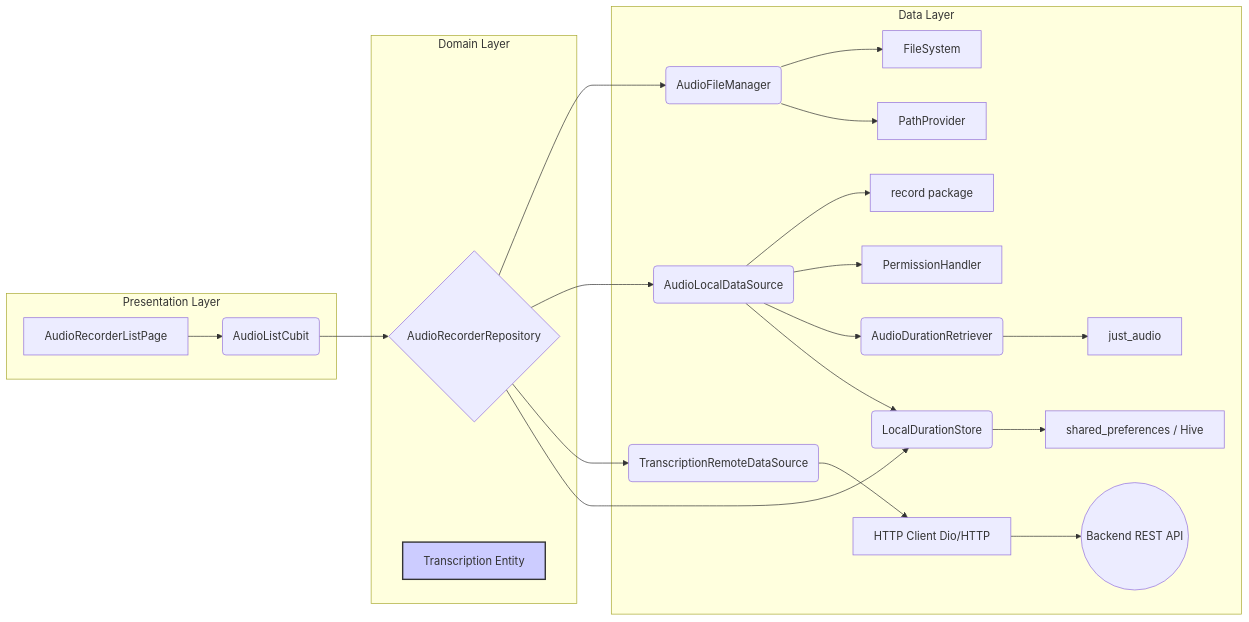
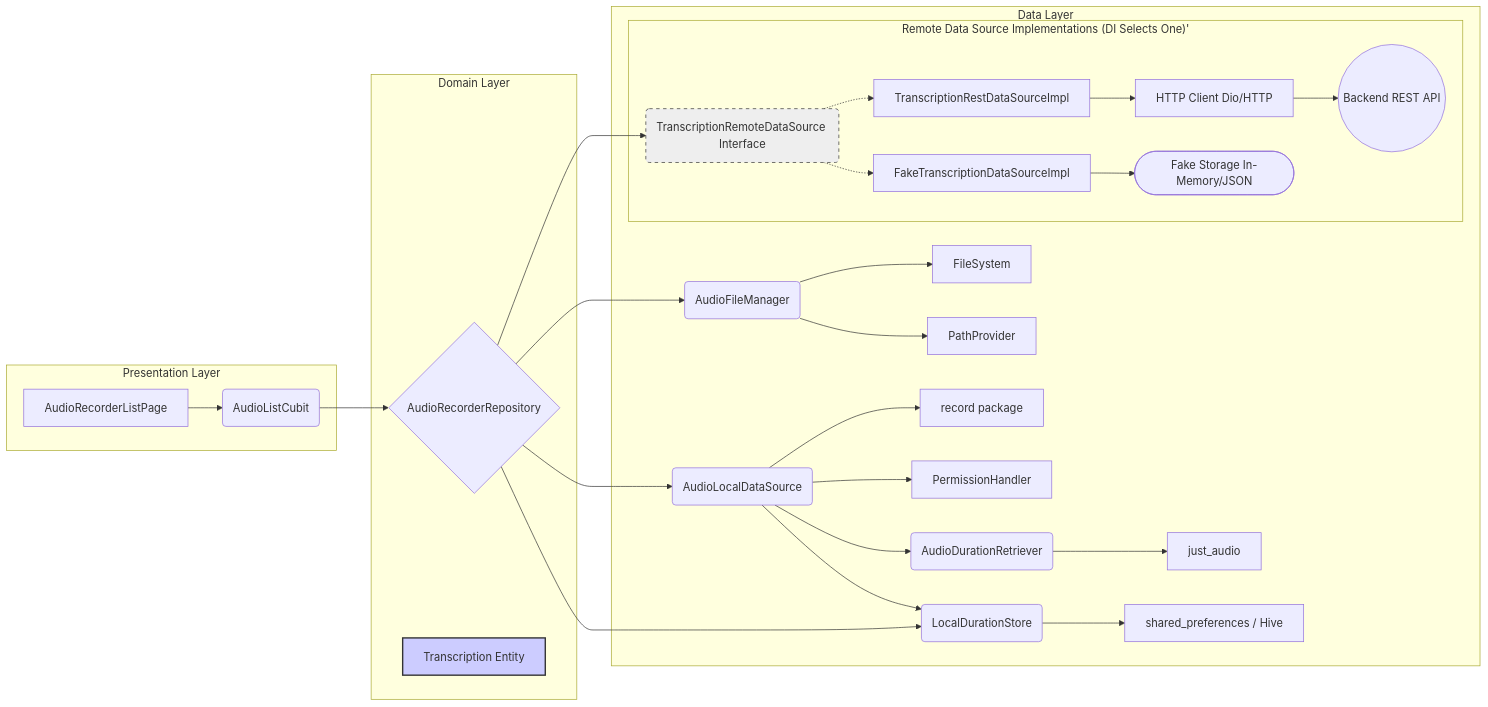
The second of 2 diagrams in architecture.md (MediScribe/docjet-mobile), drawn with Mermaid before and after one commit. The commit also changed other lines of this file, not shown here.

Commit message:
updated architecture to consider a fake storage provider

````diff
--- a/architecture.md
+++ b/architecture.md
@@ -53,28 +53,36 @@
 ```mermaid
 graph LR
     subgraph Presentation Layer
         A[AudioRecorderListPage] --> B(AudioListCubit);
     end
     subgraph Domain Layer
         B --> C{AudioRecorderRepository};
         M[Transcription Entity];
     end
     subgraph Data Layer
         C --> E(AudioFileManager);
         C --> F(AudioLocalDataSource);
-        C --> N(TranscriptionRemoteDataSource);
+        C --> N_Interface(TranscriptionRemoteDataSource Interface);
         C --> Q(LocalDurationStore);
         E --> G[FileSystem];
         E --> H[PathProvider];
         F --> K[record package];
         F --> L[PermissionHandler];
         F --> I(AudioDurationRetriever);
         F --> Q;
         I --> J[just_audio];
-        N --> O[HTTP Client Dio/HTTP];
-        O --> P((Backend REST API));
+
+        subgraph "Remote Data Source Implementations (DI Selects One)"'
+            N_Interface -.-> N_Real[TranscriptionRestDataSourceImpl];
+            N_Interface -.-> N_Fake[FakeTranscriptionDataSourceImpl];
+            N_Real --> O[HTTP Client Dio/HTTP];
+            O --> P((Backend REST API));
+            N_Fake --> S([Fake Storage In-Memory/JSON]);
+        end
+
         Q --> R[shared_preferences / Hive];
     end
 
     style M fill:#ccf,stroke:#333,stroke-width:2px
+    style N_Interface fill:#eee,stroke:#333,stroke-width:1px,stroke-dasharray: 5 5
 ```
````
